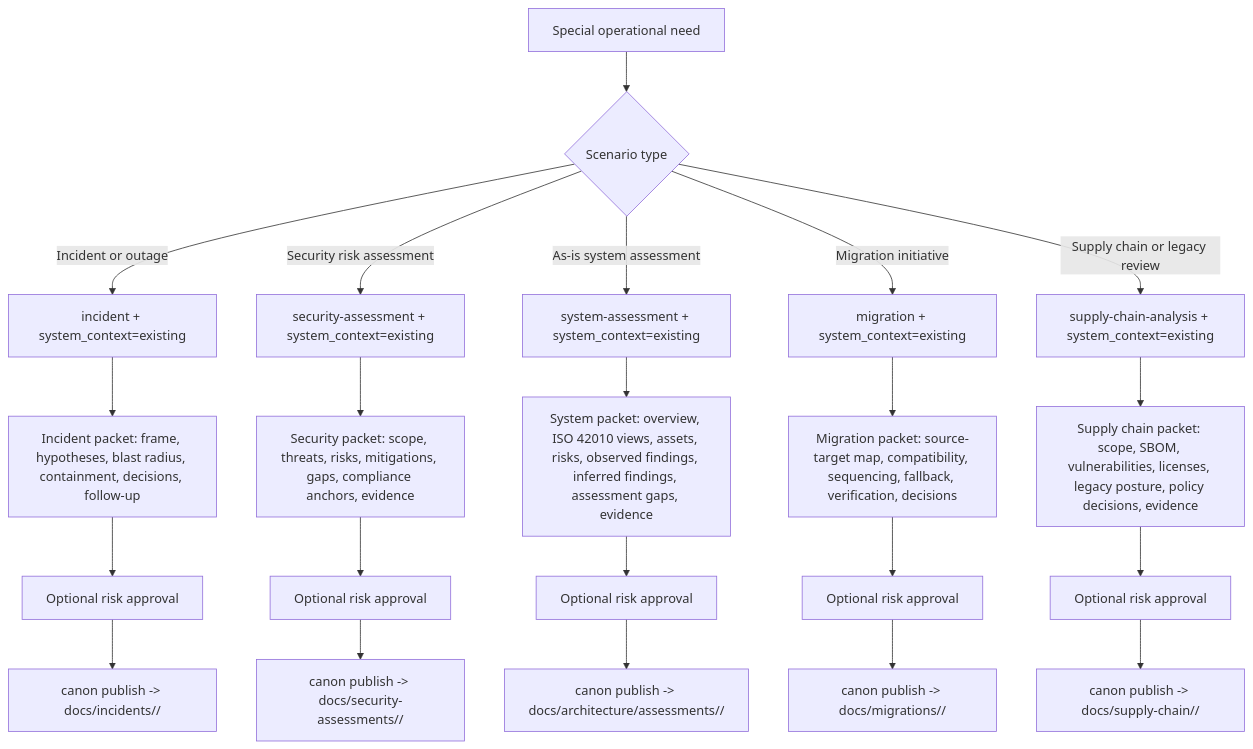
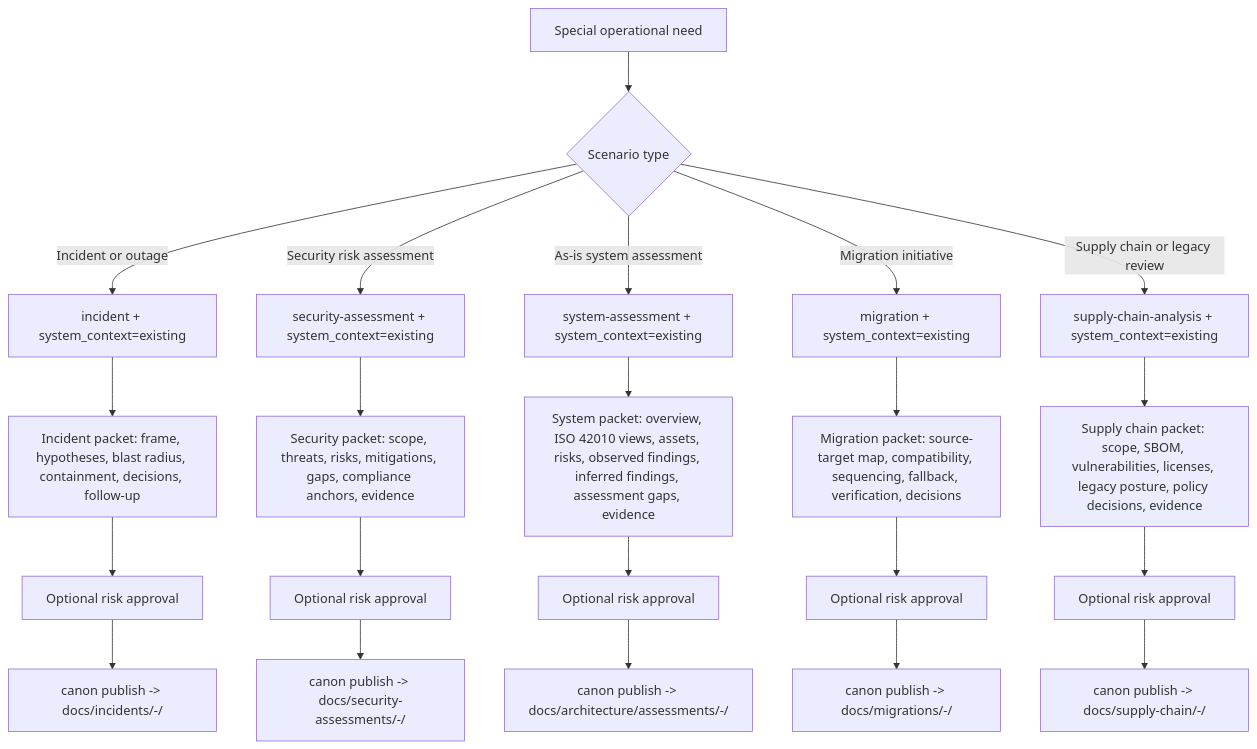
One commit to apply-the/canon changed the fourth of 4 diagrams in docs/guides/modes.md. Above: the diagram before and after it, drawn with Mermaid. The commit also changed other lines of this file and 42 other files, not shown here.

````diff
--- a/docs/guides/modes.md
+++ b/docs/guides/modes.md
@@ -272,26 +278,26 @@
 ```mermaid
 flowchart TD
   A[Special operational need] --> B{Scenario type}
   B -->|Incident or outage| INC[incident + system_context=existing]
   B -->|Security risk assessment| SEC[security-assessment + system_context=existing]
   B -->|As-is system assessment| SYS[system-assessment + system_context=existing]
   B -->|Migration initiative| MIG[migration + system_context=existing]
   B -->|Supply chain or legacy review| SUP[supply-chain-analysis + system_context=existing]
 
   INC --> I1[Incident packet: frame, hypotheses, blast radius, containment, decisions, follow-up]
   SEC --> S1[Security packet: scope, threats, risks, mitigations, gaps, compliance anchors, evidence]
   SYS --> Y1[System packet: overview, ISO 42010 views, assets, risks, observed findings, inferred findings, assessment gaps, evidence]
   MIG --> M1[Migration packet: source-target map, compatibility, sequencing, fallback, verification, decisions]
   SUP --> U1[Supply chain packet: scope, SBOM, vulnerabilities, licenses, legacy posture, policy decisions, evidence]
 
   I1 --> I2[Optional risk approval]
   S1 --> S2[Optional risk approval]
   Y1 --> Y2[Optional risk approval]
   M1 --> M2[Optional risk approval]
   U1 --> U2[Optional risk approval]
-  I2 --> IPUB[canon publish -> docs/incidents/<RUN_ID>/]
-  S2 --> SPUB[canon publish -> docs/security-assessments/<RUN_ID>/]
-  Y2 --> YPUB[canon publish -> docs/architecture/assessments/<RUN_ID>/]
-  M2 --> MPUB[canon publish -> docs/migrations/<RUN_ID>/]
-  U2 --> UPUB[canon publish -> docs/supply-chain/<RUN_ID>/]
+  I2 --> IPUB[canon publish -> docs/incidents/<YYYY-MM-DD>-<descriptor>/]
+  S2 --> SPUB[canon publish -> docs/security-assessments/<YYYY-MM-DD>-<descriptor>/]
+  Y2 --> YPUB[canon publish -> docs/architecture/assessments/<YYYY-MM-DD>-<descriptor>/]
+  M2 --> MPUB[canon publish -> docs/migrations/<YYYY-MM-DD>-<descriptor>/]
+  U2 --> UPUB[canon publish -> docs/supply-chain/<YYYY-MM-DD>-<descriptor>/]
 ```
````
